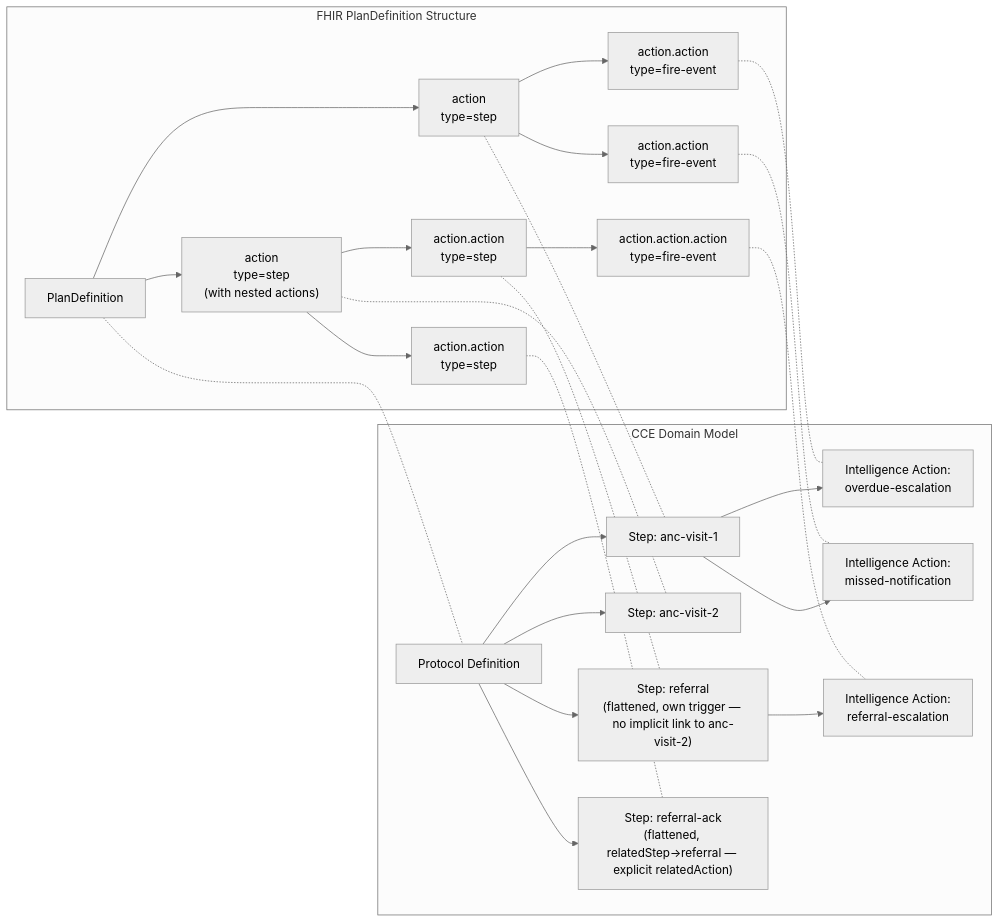
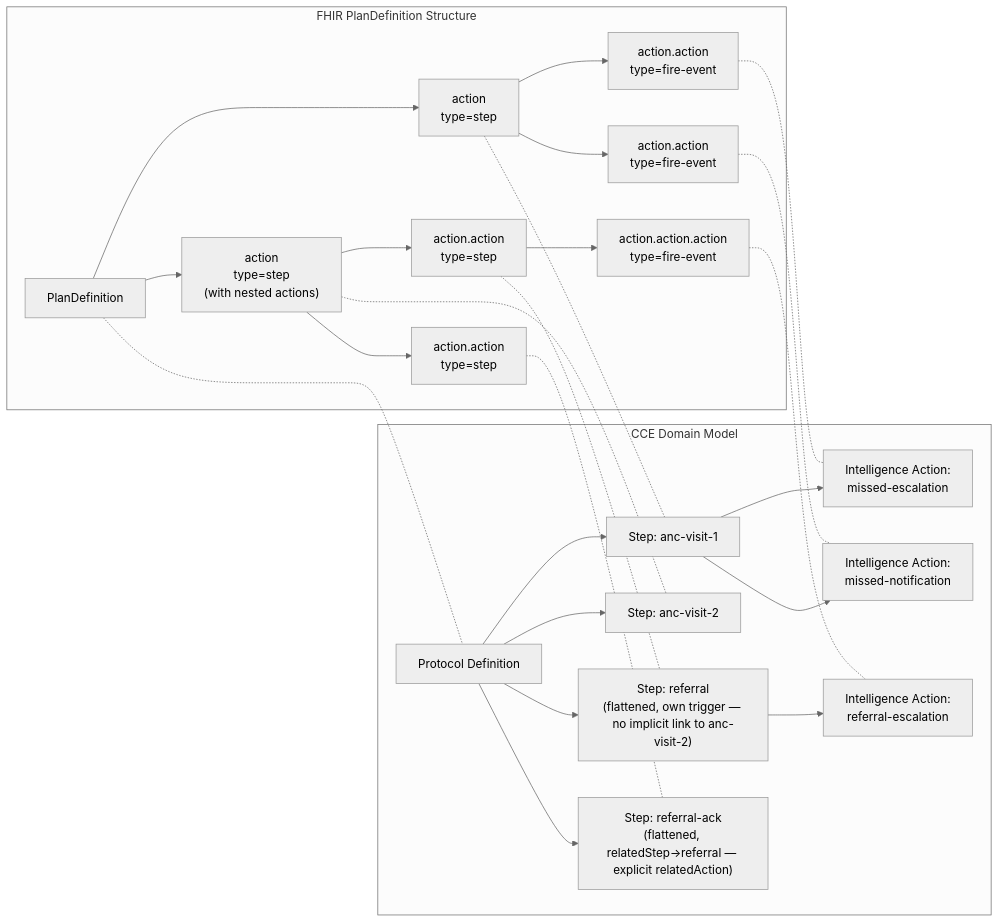
The eighth of 9 diagrams in docs/architecture-overview.md (Jayaprakash8887/cce-compliance-service), drawn with Mermaid (neutral theme) before and after one commit. The commit also changed other lines of this file and 17 other files, not shown here.

````diff
--- a/docs/architecture-overview.md
+++ b/docs/architecture-overview.md
@@ -597,49 +597,49 @@
 ```mermaid
 flowchart LR
     subgraph "FHIR PlanDefinition Structure"
         PD["PlanDefinition"]
         A1["action<br/>type=step"]
         A2["action<br/>type=step<br/>(with nested actions)"]
         IA1["action.action<br/>type=fire-event"]
         IA2["action.action<br/>type=fire-event"]  
         SS1["action.action<br/>type=step"]
         SS2["action.action<br/>type=step"]
         IA3["action.action.action<br/>type=fire-event"]
 
         PD --> A1
         PD --> A2
         A1 --> IA1
         A1 --> IA2
         A2 --> SS1
         A2 --> SS2
         SS1 --> IA3
     end
 
     subgraph "CCE Domain Model"
         PROTO["Protocol Definition"]
         S1["Step: anc-visit-1"]
         S2["Step: anc-visit-2"]
-        R1["Intelligence Action:<br/>overdue-escalation"]
+        R1["Intelligence Action:<br/>missed-escalation"]
         R2["Intelligence Action:<br/>missed-notification"]
         SUB1["Step: referral<br/>(flattened, own trigger — no implicit link to anc-visit-2)"]
         SUB2["Step: referral-ack<br/>(flattened, relatedStep→referral — explicit relatedAction)"]
         R3["Intelligence Action:<br/>referral-escalation"]
 
         PROTO --> S1
         PROTO --> S2
         PROTO --> SUB1
         PROTO --> SUB2
         S1 --> R1
         S1 --> R2
         SUB1 --> R3
     end
 
     PD -.- PROTO
     A1 -.- S1
     A2 -.- S2
     IA1 -.- R1
     IA2 -.- R2
     SS1 -.- SUB1
     SS2 -.- SUB2
     IA3 -.- R3
 ```
````
